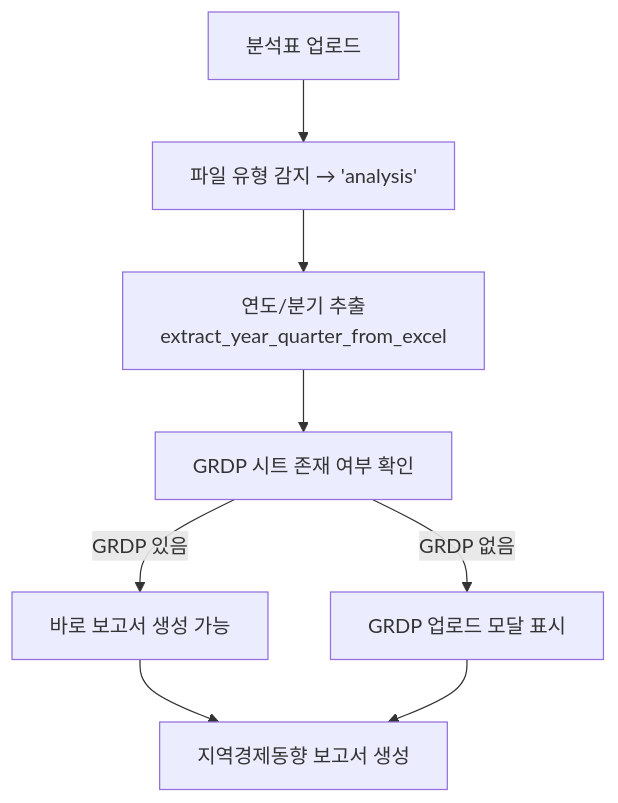
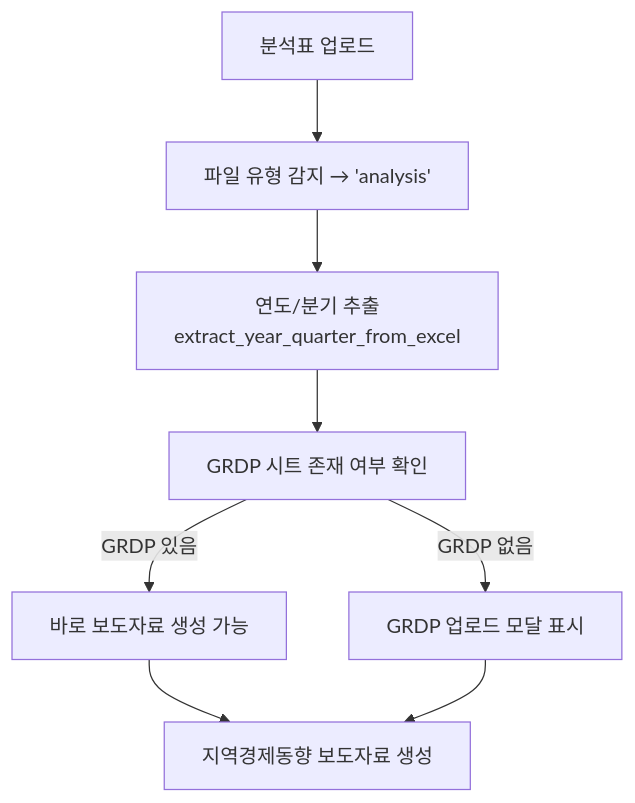
One commit to rattopos/capstone changed diagram 11 of 13 in docs/PRESENTATION.md. Above: the diagram before and after it, drawn with Mermaid. The commit also changed other lines of this file and 89 other files, not shown here.

````diff
--- a/docs/PRESENTATION.md
+++ b/docs/PRESENTATION.md
@@ -1704,10 +1704,10 @@
 ```mermaid
 flowchart TD
     A[분석표 업로드] --> B[파일 유형 감지 → 'analysis']
     B --> C[연도/분기 추출<br/>extract_year_quarter_from_excel]
     C --> D[GRDP 시트 존재 여부 확인]
-    D -->|GRDP 있음| E[바로 보고서 생성 가능]
+    D -->|GRDP 있음| E[바로 보도자료 생성 가능]
     D -->|GRDP 없음| F[GRDP 업로드 모달 표시]
-    E --> G[지역경제동향 보고서 생성]
+    E --> G[지역경제동향 보도자료 생성]
     F --> G
 ```
````
